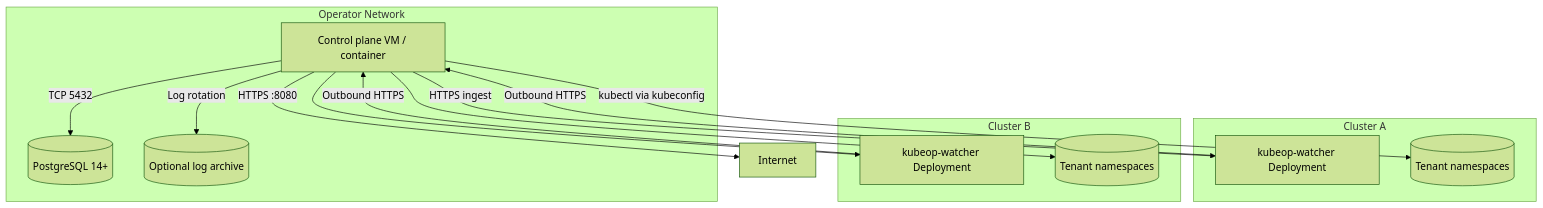
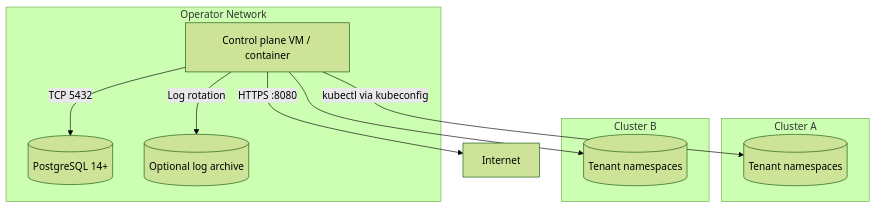
Before and after one commit to vaheed/kubeOP: the third of 3 diagrams in docs/architecture.md, drawn with Mermaid (forest theme). The commit also changed other lines of this file and 78 other files, not shown here.

````diff
--- a/docs/architecture.md
+++ b/docs/architecture.md
@@ -124,26 +81,20 @@
 ```mermaid
 flowchart TB
     subgraph Operator Network
         ControlPlane[Control plane VM / container]
         Postgres[(PostgreSQL 14+)]
         ObjectStorage[(Optional log archive)]
     end
     subgraph Cluster A
-        WatcherA[kubeop-watcher Deployment]
         TenantNamespacesA[(Tenant namespaces)]
     end
     subgraph Cluster B
-        WatcherB[kubeop-watcher Deployment]
         TenantNamespacesB[(Tenant namespaces)]
     end
 
     ControlPlane -->|TCP 5432| Postgres
     ControlPlane -->|HTTPS :8080| Internet
     ControlPlane -->|kubectl via kubeconfig| TenantNamespacesA
     ControlPlane --> TenantNamespacesB
-    ControlPlane -->|HTTPS ingest| WatcherA
-    ControlPlane --> WatcherB
-    WatcherA -->|Outbound HTTPS| ControlPlane
-    WatcherB -->|Outbound HTTPS| ControlPlane
     ControlPlane -->|Log rotation| ObjectStorage
 ```
````
